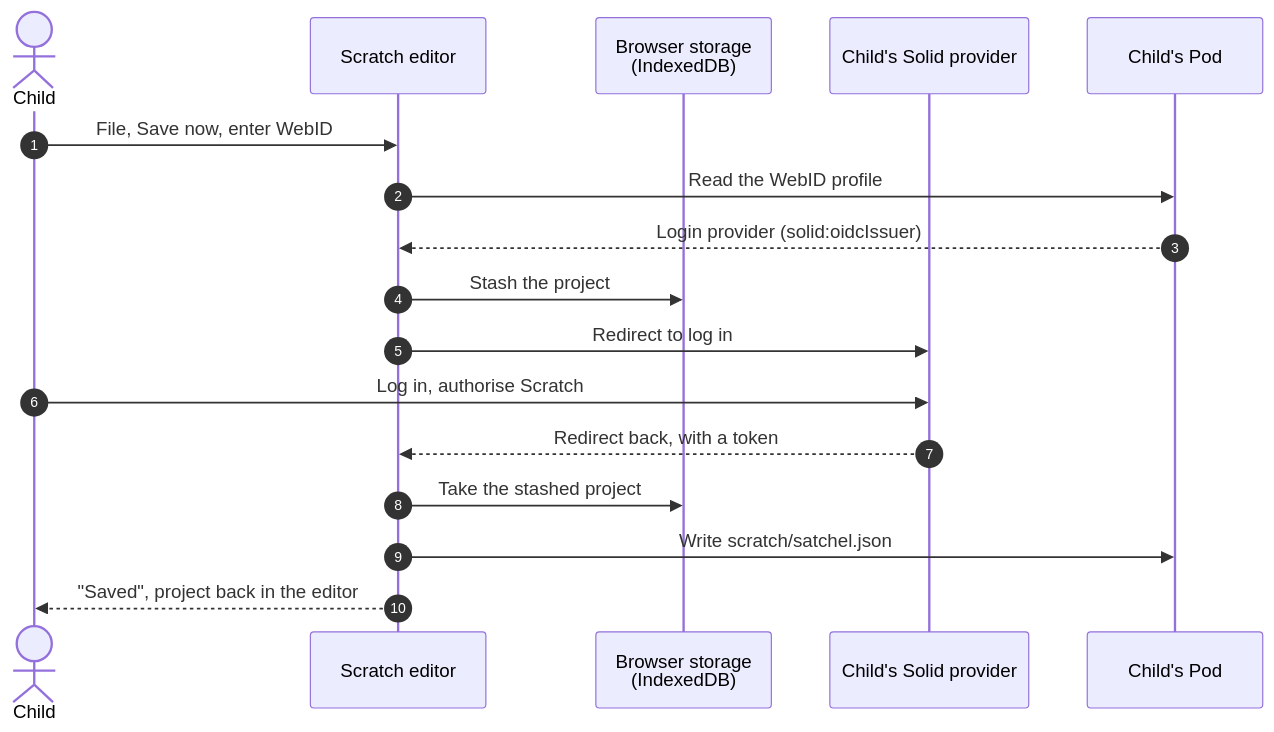
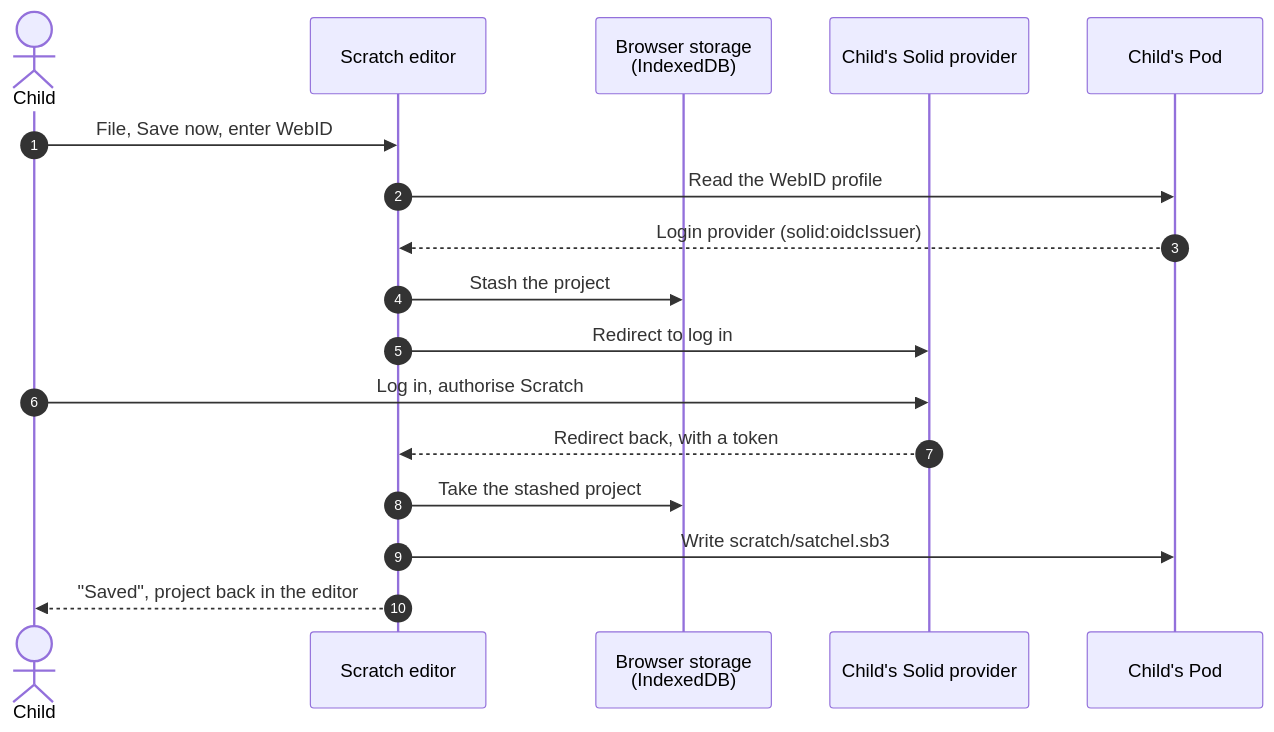
One commit to viboko/satchel-project changed the diagram in _posts/2026-10-25-satchel-initial-investigations.md. Above: the diagram before and after it, drawn with Mermaid. The commit also changed other lines of this file and 2 other files, not shown here.

```diff
--- a/_posts/2026-10-25-satchel-initial-investigations.md
+++ b/_posts/2026-10-25-satchel-initial-investigations.md
@@ -188,21 +193,21 @@
 <div class="mermaid">
 sequenceDiagram
     accTitle: Saving to a Solid Pod for the first time
     accDescr: The child clicks Save now and enters their WebID. The editor reads the WebID's profile to find their Solid login provider, stashes the project in the browser's IndexedDB, and redirects to the provider. The child logs in and authorises Scratch. The provider redirects back to the editor, which completes the login, takes the stashed project, writes it into a scratch folder in the child's Pod, and puts the project back into the editor.
     autonumber
     actor Child
     participant Editor as Scratch editor
     participant IDB as Browser storage<br/>(IndexedDB)
     participant IdP as Child's Solid provider
     participant Pod as Child's Pod
     Child->>Editor: File, Save now, enter WebID
     Editor->>Pod: Read the WebID profile
     Pod-->>Editor: Login provider (solid:oidcIssuer)
     Editor->>IDB: Stash the project
     Editor->>IdP: Redirect to log in
     Child->>IdP: Log in, authorise Scratch
     IdP-->>Editor: Redirect back, with a token
     Editor->>IDB: Take the stashed project
-    Editor->>Pod: Write scratch/satchel.json
+    Editor->>Pod: Write scratch/satchel.sb3
     Editor-->>Child: "Saved", project back in the editor
 </div>
```
